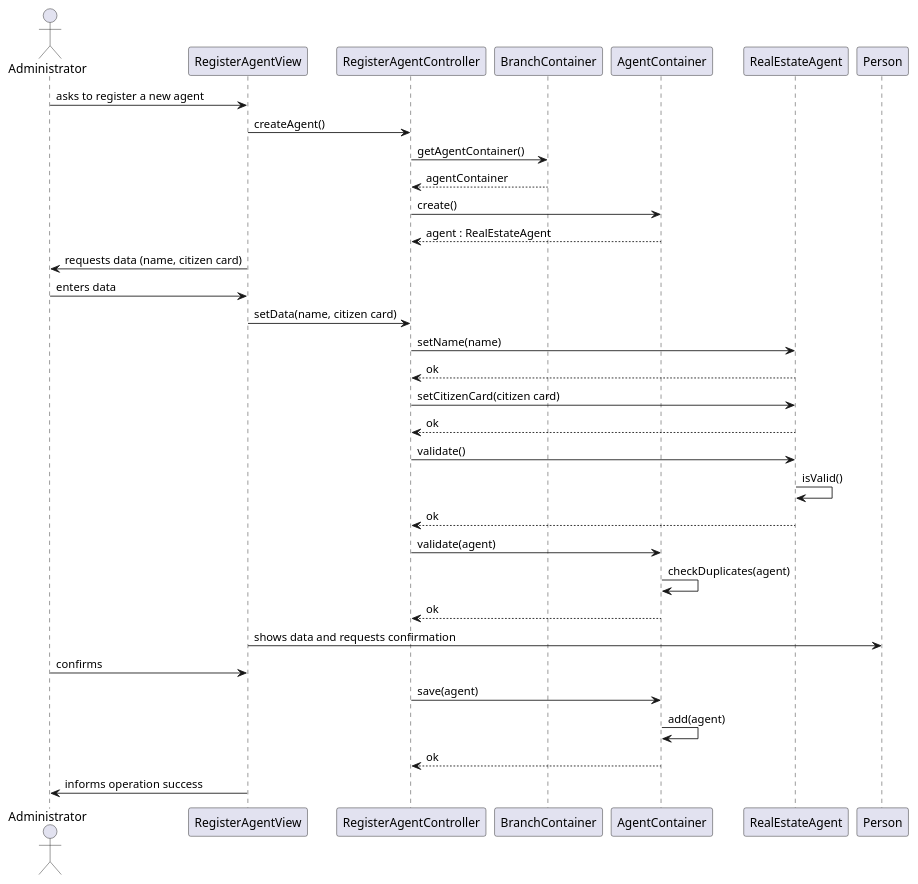
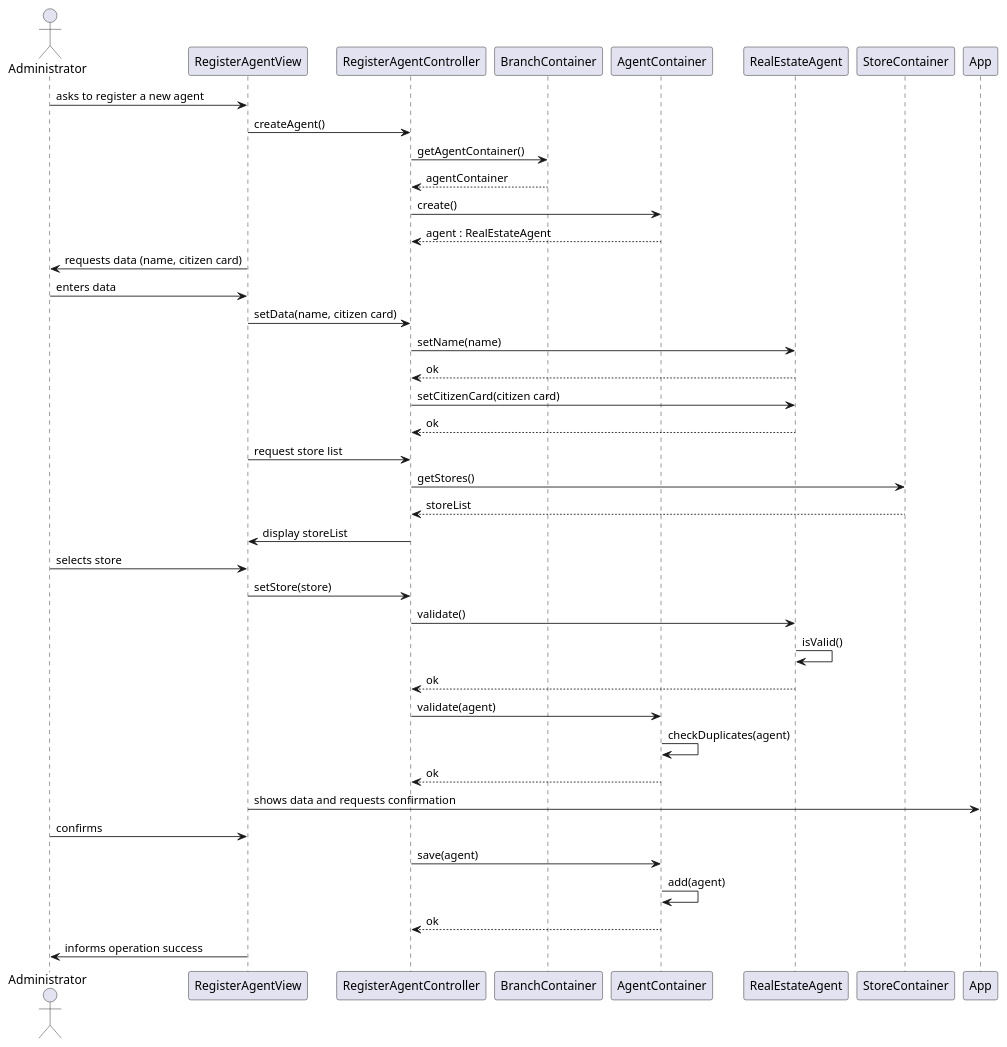
Before and after one commit to goncalomaia18/leti-esoft-24-25-A2: the diagram in docs/Sprint2/US11/US11-SD.puml, drawn with PlantUML. The commit also changed 6 other files, not shown here.

```diff
--- a/docs/Sprint2/US11/US11-SD.puml
+++ b/docs/Sprint2/US11/US11-SD.puml
@@ -1,48 +1,56 @@
-@startuml
-hide circle
-skinparam classAttributeIconSize 0
+    @startuml
+    hide circle
+        skinparam classAttributeIconSize 0
 
-actor Administrator
+        actor Administrator
 
-participant RegisterAgentView
-participant RegisterAgentController
-participant BranchContainer
-participant AgentContainer
-participant RealEstateAgent
+        participant RegisterAgentView
+        participant RegisterAgentController
+        participant BranchContainer
+        participant AgentContainer
+        participant RealEstateAgent
+        participant StoreContainer
 
-Administrator -> RegisterAgentView : asks to register a new agent
-RegisterAgentView -> RegisterAgentController : createAgent()
+        Administrator -> RegisterAgentView : asks to register a new agent
+        RegisterAgentView -> RegisterAgentController : createAgent()
 
-RegisterAgentController -> BranchContainer : getAgentContainer()
-BranchContainer --> RegisterAgentController : agentContainer
+        RegisterAgentController -> BranchContainer : getAgentContainer()
+        BranchContainer --> RegisterAgentController : agentContainer
 
-RegisterAgentController -> AgentContainer : create()
-AgentContainer --> RegisterAgentController : agent : RealEstateAgent
+        RegisterAgentController -> AgentContainer : create()
+        AgentContainer --> RegisterAgentController : agent : RealEstateAgent
 
-RegisterAgentView -> Administrator : requests data (name, citizen card)
-Administrator -> RegisterAgentView : enters data
+        RegisterAgentView -> Administrator : requests data (name, citizen card)
+        Administrator -> RegisterAgentView : enters data
 
-RegisterAgentView -> RegisterAgentController : setData(name, citizen card)
-RegisterAgentController -> RealEstateAgent : setName(name)
-RealEstateAgent --> RegisterAgentController : ok
-RegisterAgentController -> RealEstateAgent : setCitizenCard(citizen card)
-RealEstateAgent --> RegisterAgentController : ok
+        RegisterAgentView -> RegisterAgentController : setData(name, citizen card)
+        RegisterAgentController -> RealEstateAgent : setName(name)
+        RealEstateAgent --> RegisterAgentController : ok
+        RegisterAgentController -> RealEstateAgent : setCitizenCard(citizen card)
+        RealEstateAgent --> RegisterAgentController : ok
 
-RegisterAgentController -> RealEstateAgent : validate()
-RealEstateAgent -> RealEstateAgent : isValid()
-RealEstateAgent --> RegisterAgentController : ok
+        RegisterAgentView -> RegisterAgentController : request store list
+        RegisterAgentController -> StoreContainer : getStores()
+        StoreContainer --> RegisterAgentController : storeList
+        RegisterAgentController -> RegisterAgentView : display storeList
 
-RegisterAgentController -> AgentContainer : validate(agent)
-AgentContainer -> AgentContainer : checkDuplicates(agent)
-AgentContainer --> RegisterAgentController : ok
+        Administrator -> RegisterAgentView : selects store
+        RegisterAgentView -> RegisterAgentController : setStore(store)
 
-RegisterAgentView -> Person : shows data and requests confirmation
-Administrator -> RegisterAgentView : confirms
+        RegisterAgentController -> RealEstateAgent : validate()
+        RealEstateAgent -> RealEstateAgent : isValid()
+        RealEstateAgent --> RegisterAgentController : ok
 
-RegisterAgentController -> AgentContainer : save(agent)
-AgentContainer -> AgentContainer : add(agent)
-AgentContainer --> RegisterAgentController : ok
+        RegisterAgentController -> AgentContainer : validate(agent)
+        AgentContainer -> AgentContainer : checkDuplicates(agent)
+        AgentContainer --> RegisterAgentController : ok
 
-RegisterAgentView -> Administrator : informs operation success
+        RegisterAgentView -> App : shows data and requests confirmation
+        Administrator -> RegisterAgentView : confirms
 
-@enduml
+        RegisterAgentController -> AgentContainer : save(agent)
+        AgentContainer -> AgentContainer : add(agent)
+        AgentContainer --> RegisterAgentController : ok
+
+        RegisterAgentView -> Administrator : informs operation success
+    @enduml
```
